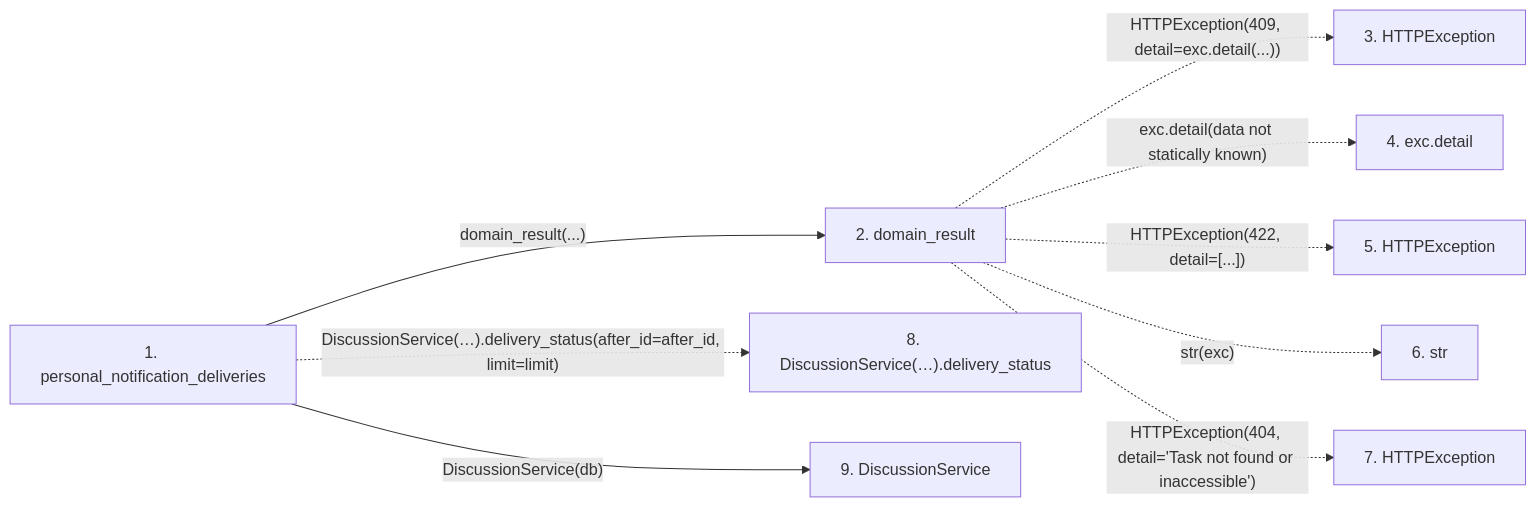
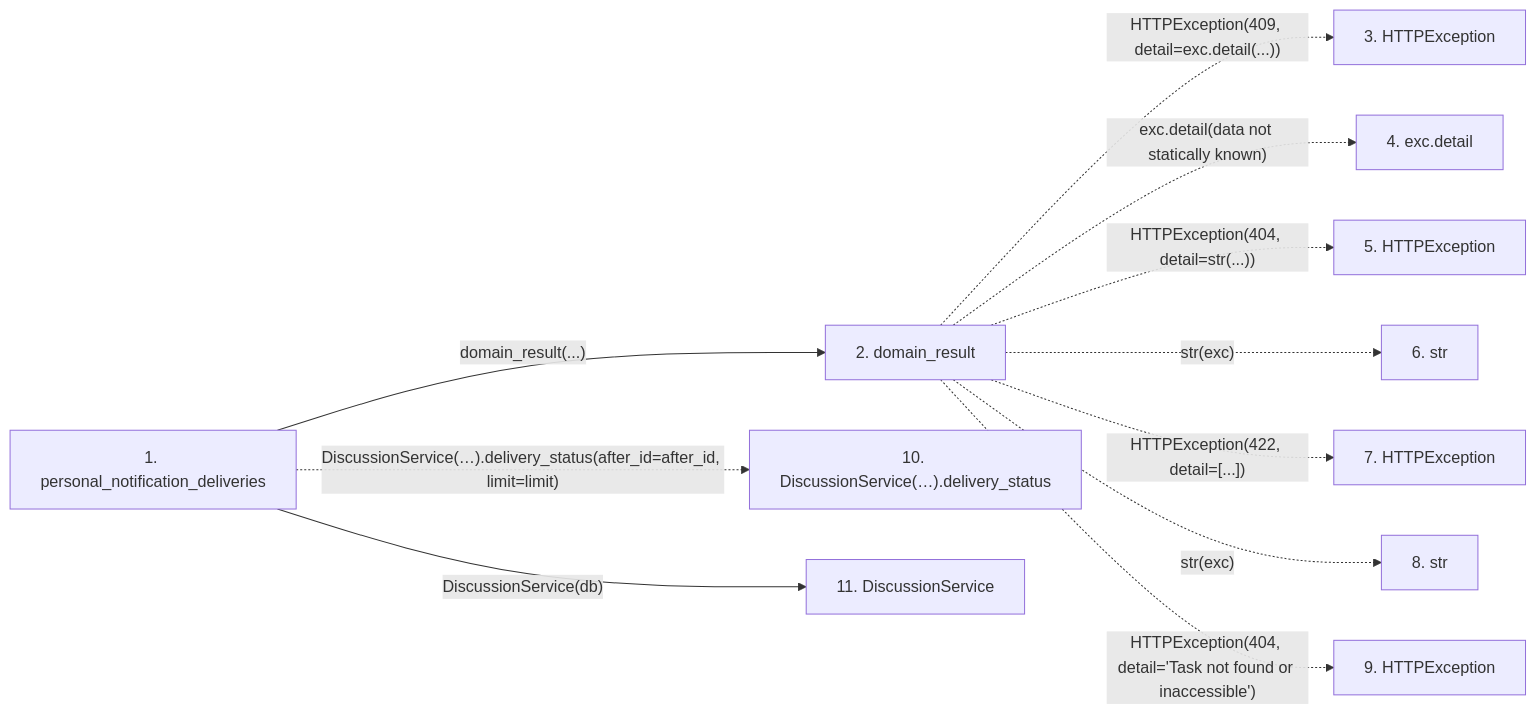
The second of 2 diagrams in docs/llm_wiki/flows/http-personal_notification_deliveries.md (Denissvgn/WorkChord), drawn with Mermaid before and after one commit. The commit also changed other lines of this file and 6624 other files, not shown here.

````diff
--- a/docs/llm_wiki/flows/http-personal_notification_deliveries.md
+++ b/docs/llm_wiki/flows/http-personal_notification_deliveries.md
@@ -32,23 +34,27 @@
 ```mermaid
 flowchart LR
     s1["1. personal_notification_deliveries"]
     s2["2. domain_result"]
     s3["3. HTTPException"]
     s4["4. exc.detail"]
     s5["5. HTTPException"]
     s6["6. str"]
     s7["7. HTTPException"]
-    s8["8. DiscussionService(…).delivery_status"]
-    s9["9. DiscussionService"]
+    s8["8. str"]
+    s9["9. HTTPException"]
+    s10["10. DiscussionService(…).delivery_status"]
+    s11["11. DiscussionService"]
     s1 -->|"domain_result(...)"| s2
     s2 -. "HTTPException(409, detail=exc.detail(...))" .-> s3
     s2 -. "exc.detail(data not statically known)" .-> s4
-    s2 -. "HTTPException(422, detail=[...])" .-> s5
+    s2 -. "HTTPException(404, detail=str(...))" .-> s5
     s2 -. "str(exc)" .-> s6
-    s2 -. "HTTPException(404, detail='Task not found or inaccessible')" .-> s7
-    s1 -. "DiscussionService(…).delivery_status(after_id=after_id, limit=limit)" .-> s8
-    s1 -->|"DiscussionService(db)"| s9
+    s2 -. "HTTPException(422, detail=[...])" .-> s7
+    s2 -. "str(exc)" .-> s8
+    s2 -. "HTTPException(404, detail='Task not found or inaccessible')" .-> s9
+    s1 -. "DiscussionService(…).delivery_status(after_id=after_id, limit=limit)" .-> s10
+    s1 -->|"DiscussionService(db)"| s11
     click s1 "../modules/routers_discussion.md"
     click s2 "../modules/routers_task_domain.md"
-    click s9 "../modules/discussion_service.md"
+    click s11 "../modules/discussion_service.md"
 ```
````
